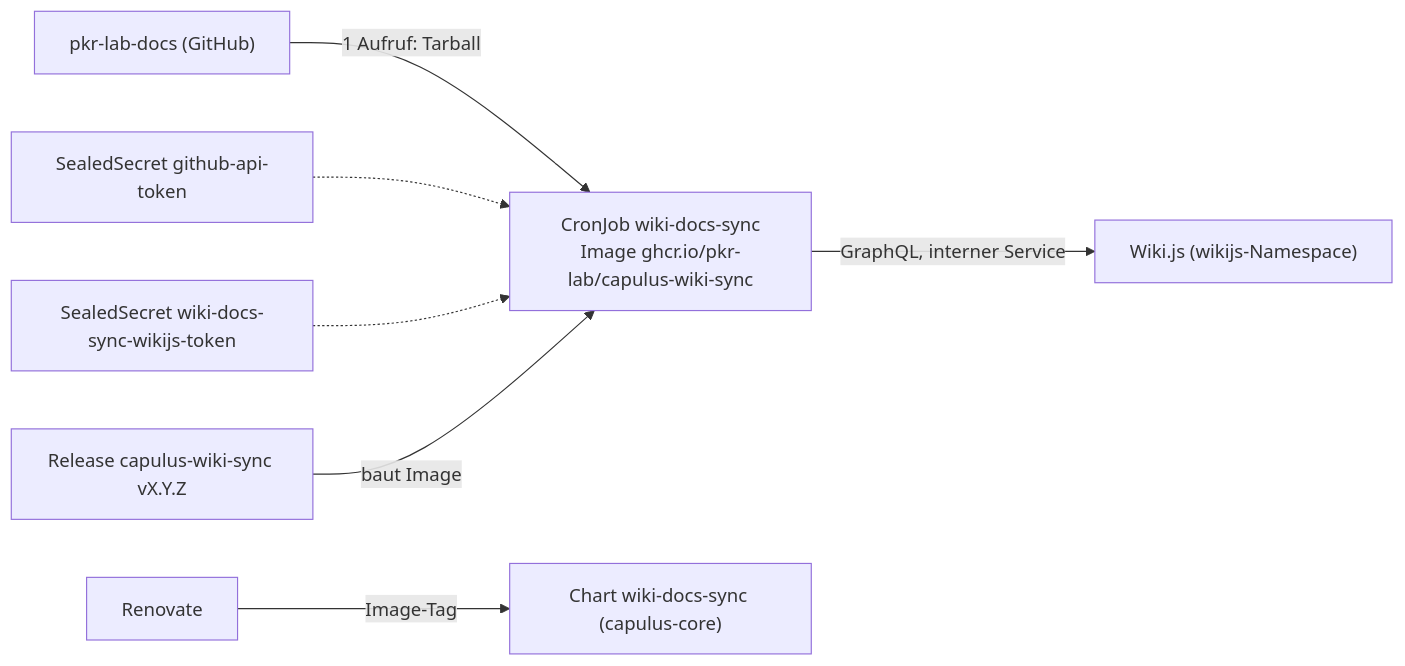
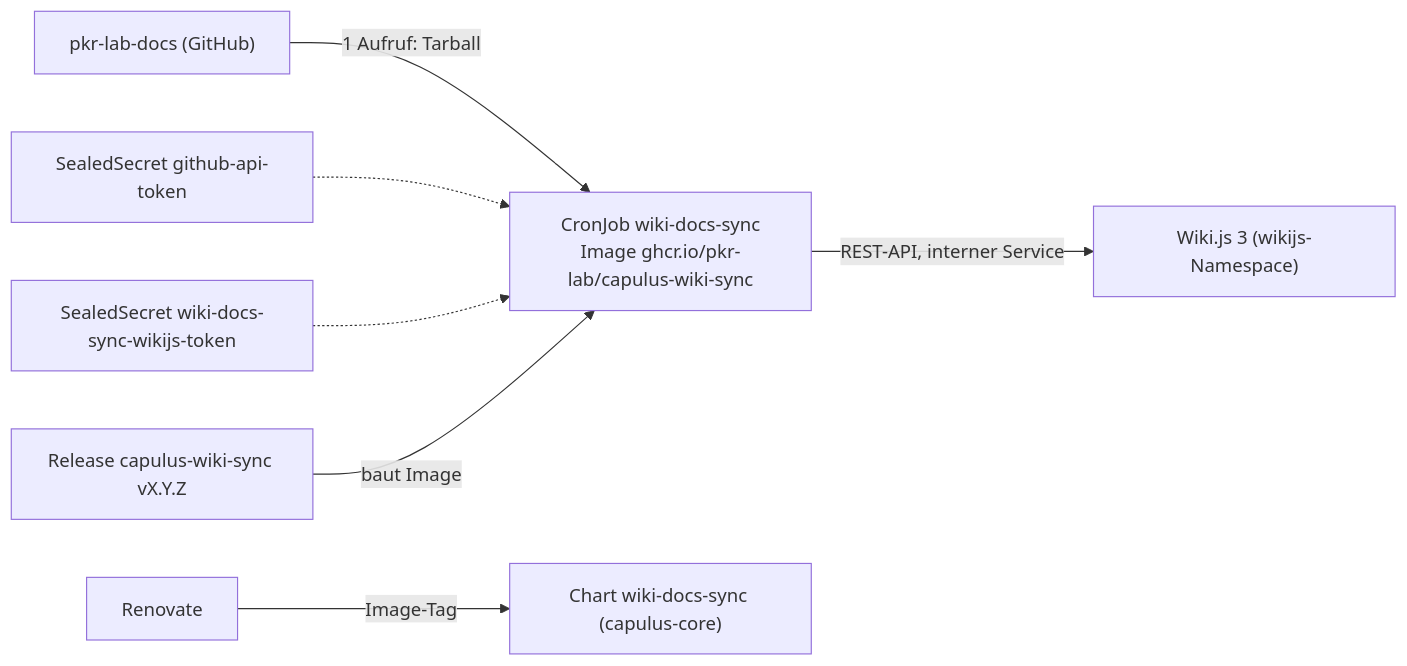
One commit to pkr-lab/docs changed the diagram in capulus/capulus-core/wiki-sync.md. Above: the diagram before and after it, drawn with Mermaid. The commit also changed other lines of this file, not shown here.

First line of the commit message:
docs(capulus-core): wiki-sync auf Wiki.js 3, Render-Budget und neue CI-Prüfungen nachziehen

````diff
--- a/capulus/capulus-core/wiki-sync.md
+++ b/capulus/capulus-core/wiki-sync.md
@@ -7,9 +7,9 @@
 ```mermaid
 flowchart LR
   docs["pkr-lab-docs (GitHub)"] -->|"1 Aufruf: Tarball"| job["CronJob wiki-docs-sync<br/>Image ghcr.io/pkr-lab/capulus-wiki-sync"]
-  job -->|"GraphQL, interner Service"| wiki["Wiki.js (wikijs-Namespace)"]
+  job -->|"REST-API, interner Service"| wiki["Wiki.js 3 (wikijs-Namespace)"]
   sec1["SealedSecret github-api-token"] -.-> job
   sec2["SealedSecret wiki-docs-sync-wikijs-token"] -.-> job
   renovate["Renovate"] -->|"Image-Tag"| chart["Chart wiki-docs-sync (capulus-core)"]
   release["Release capulus-wiki-sync vX.Y.Z"] -->|"baut Image"| job
 ```
````
